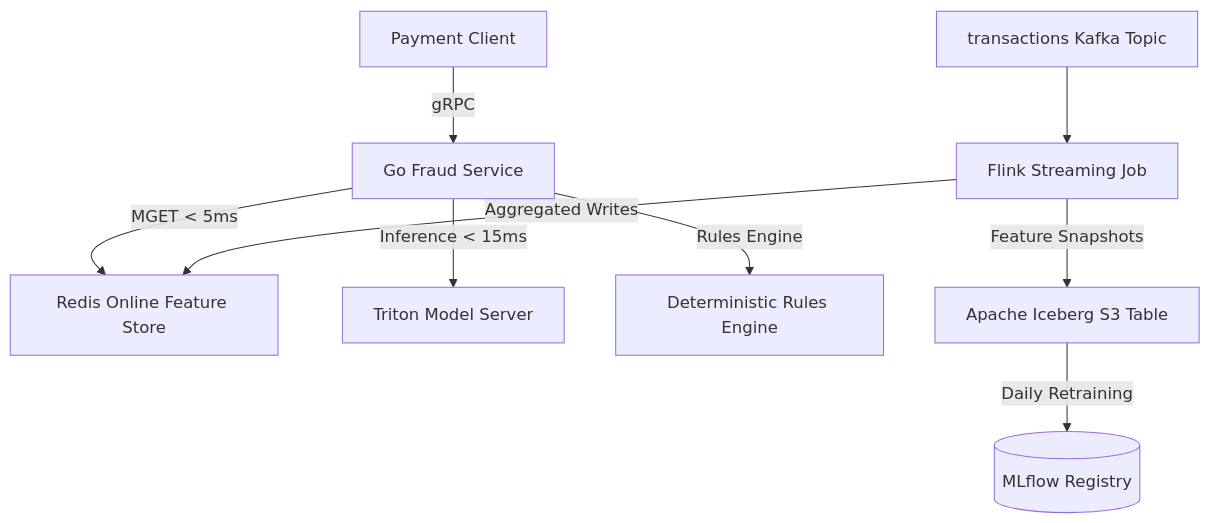
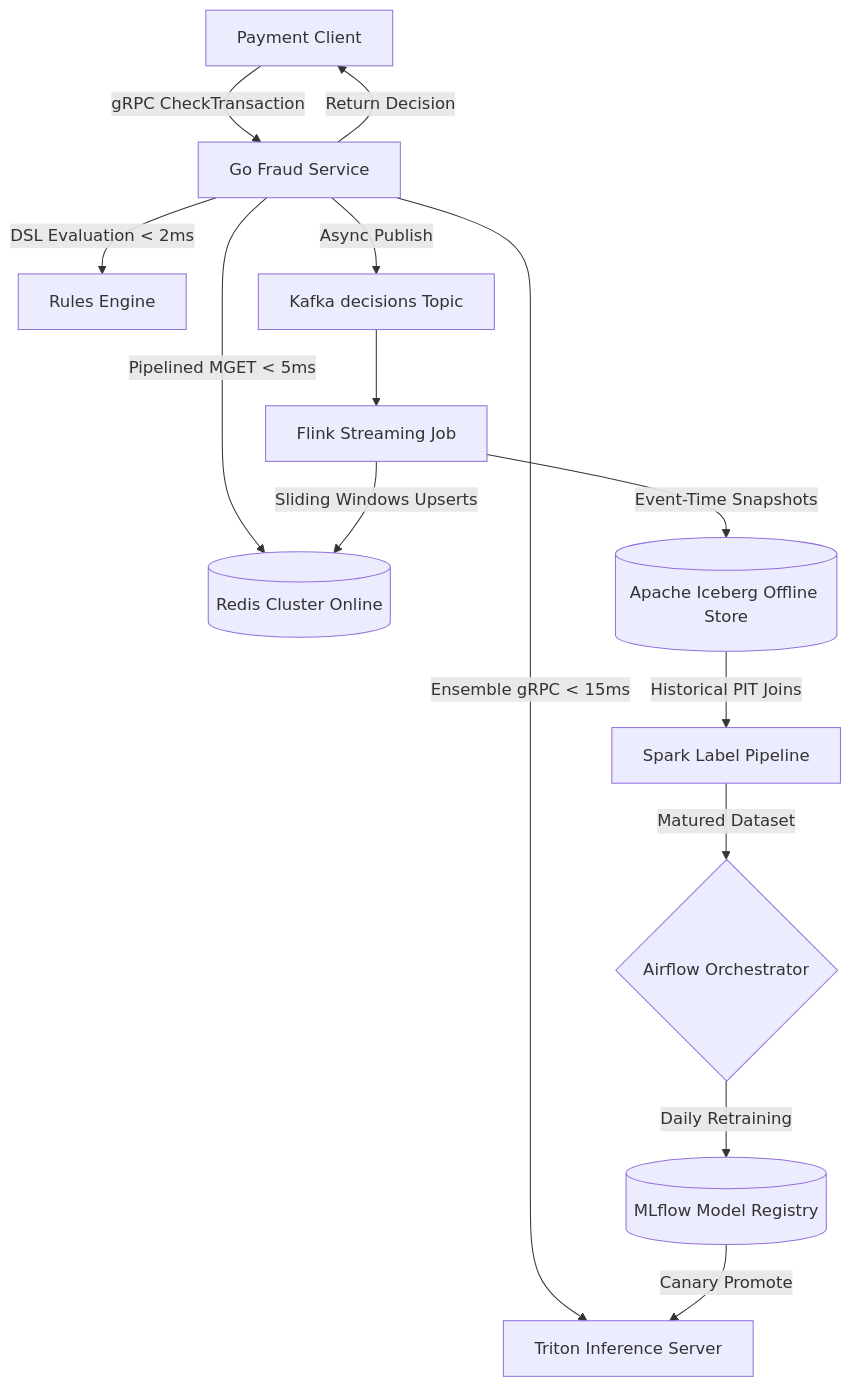
One commit to PSURI1894/Real-time-Fraud-Detection-Pipeline-for-Payments changed the diagram in README.md. Above: the diagram before and after it, drawn with Mermaid. The commit also changed other lines of this file, not shown here.

Commit message:
docs: expand README with comprehensive schemas, latency tables, math specifications and run books

````diff
--- a/README.md
+++ b/README.md
@@ -7,13 +24,23 @@
 ```mermaid
 graph TD
-    Client[Payment Client] -->|gRPC| Service[Go Fraud Service]
-    Service -->|MGET < 5ms| Redis[Redis Online Feature Store]
-    Service -->|Inference < 15ms| Triton[Triton Model Server]
-    Service -->|Rules Engine| Rules[Deterministic Rules Engine]
+    %% Synchronous Path
+    Client[Payment Client] -->|gRPC CheckTransaction| Service[Go Fraud Service]
+    Service -->|Pipelined MGET < 5ms| Redis[(Redis Cluster Online)]
+    Service -->|Ensemble gRPC < 15ms| Triton[Triton Inference Server]
+    Service -->|DSL Evaluation < 2ms| Rules[Rules Engine]
+    Service -->|Return Decision| Client
     
-    TxTopic[transactions Kafka Topic] --> Flink[Flink Streaming Job]
-    Flink -->|Aggregated Writes| Redis
-    Flink -->|Feature Snapshots| Iceberg[Apache Iceberg S3 Table]
+    %% Asynchronous Logging
+    Service -->|Async Publish| Kafka[Kafka decisions Topic]
     
-    Iceberg -->|Daily Retraining| MLflow[(MLflow Registry)]
+    %% Aggregations & Storage
+    Kafka --> Flink[Flink Streaming Job]
+    Flink -->|Sliding Windows Upserts| Redis
+    Flink -->|Event-Time Snapshots| Iceberg[(Apache Iceberg Offline Store)]
+    
+    %% Retraining Loop
+    Iceberg -->|Historical PIT Joins| Spark[Spark Label Pipeline]
+    Spark -->|Matured Dataset| Airflow{Airflow Orchestrator}
+    Airflow -->|Daily Retraining| MLflow[(MLflow Model Registry)]
+    MLflow -->|Canary Promote| Triton
 ```
````
